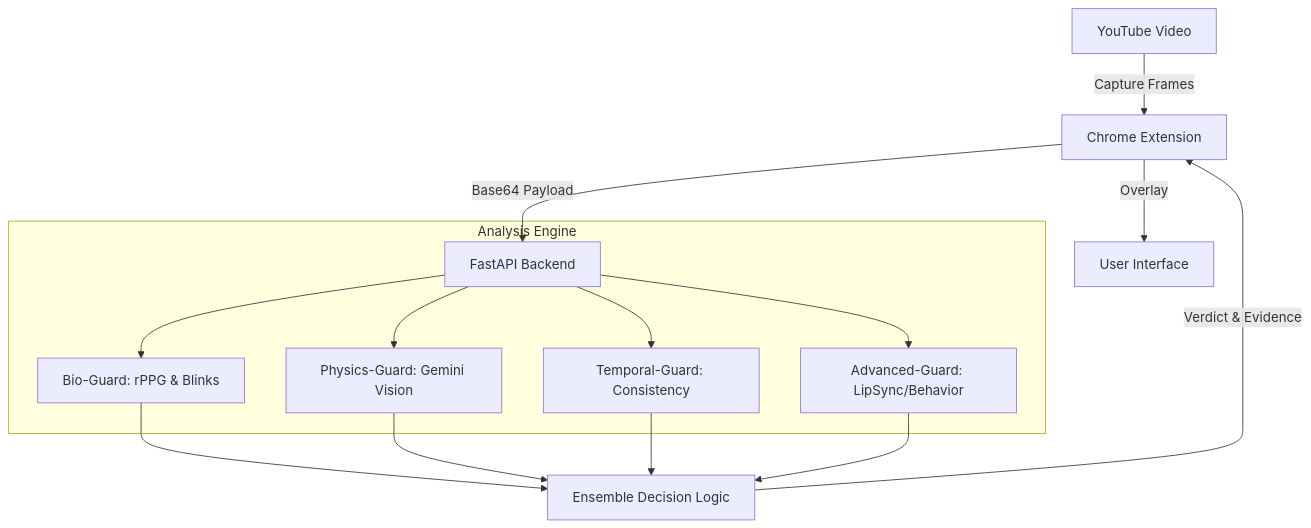
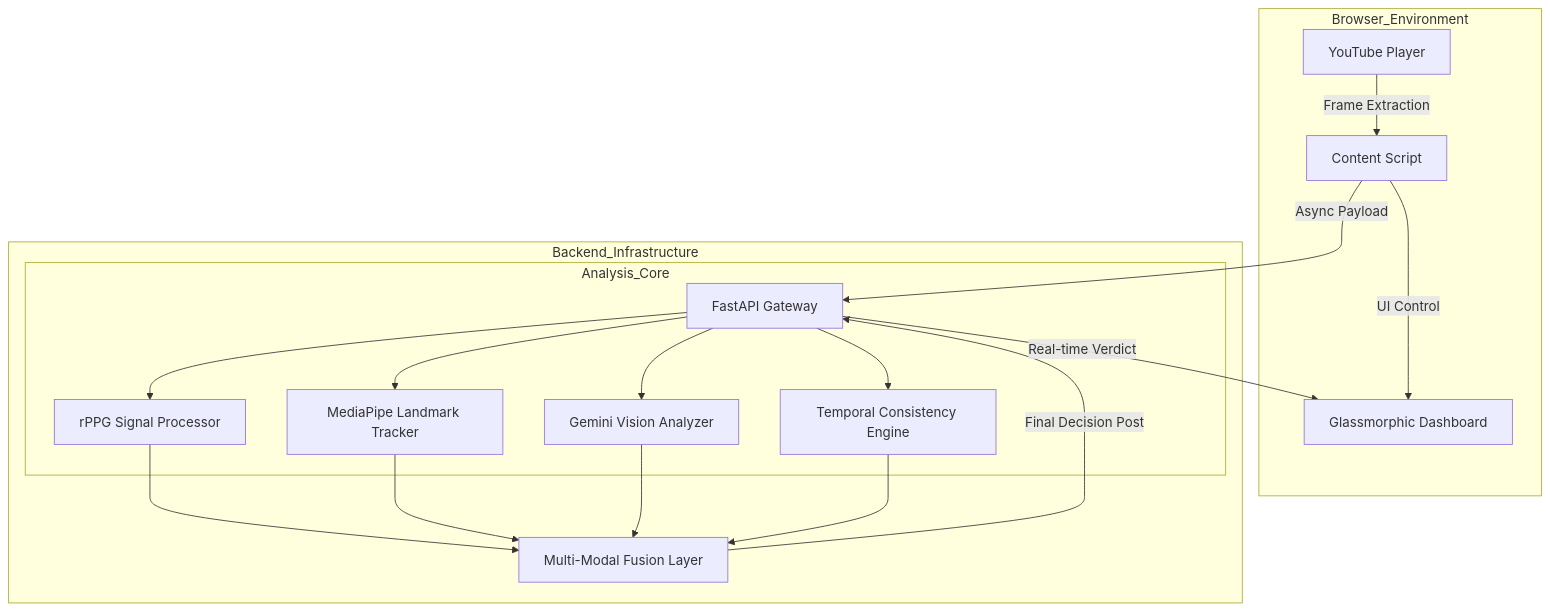
Before and after one commit to vedant-0789/Veritas-AI: the diagram in README.md, drawn with Mermaid. The commit also changed other lines of this file and 1 other file, not shown here.

Commit message:
Docs: Update banner to dark mode and add high-detail system architecture

````diff
--- a/README.md
+++ b/README.md
@@ -24,14 +48,21 @@
 ```mermaid
 graph TD
-    A[YouTube Video] -->|Capture Frames| B[Chrome Extension]
-    B -->|Base64 Payload| C[FastAPI Backend]
-    subgraph Analysis Engine
-        C --> D[Bio-Guard: rPPG & Blinks]
-        C --> E[Physics-Guard: Gemini Vision]
-        C --> F[Temporal-Guard: Consistency]
-        C --> G[Advanced-Guard: LipSync/Behavior]
+    subgraph Browser_Environment
+        A[YouTube Player] -->|Frame Extraction| B[Content Script]
+        B -->|UI Control| I[Glassmorphic Dashboard]
     end
-    D & E & F & G --> H[Ensemble Decision Logic]
-    H -->|Verdict & Evidence| B
-    B -->|Overlay| I[User Interface]
+
+    subgraph Backend_Infrastructure
+        B -->|Async Payload| C[FastAPI Gateway]
+        subgraph Analysis_Core
+            C --> D1[rPPG Signal Processor]
+            C --> D2[MediaPipe Landmark Tracker]
+            C --> D3[Gemini Vision Analyzer]
+            C --> D4[Temporal Consistency Engine]
+        end
+        D1 & D2 & D3 & D4 --> E[Multi-Modal Fusion Layer]
+        E -->|Final Decision Post| C
+    end
+
+    C -->|Real-time Verdict| I
 ```
````
